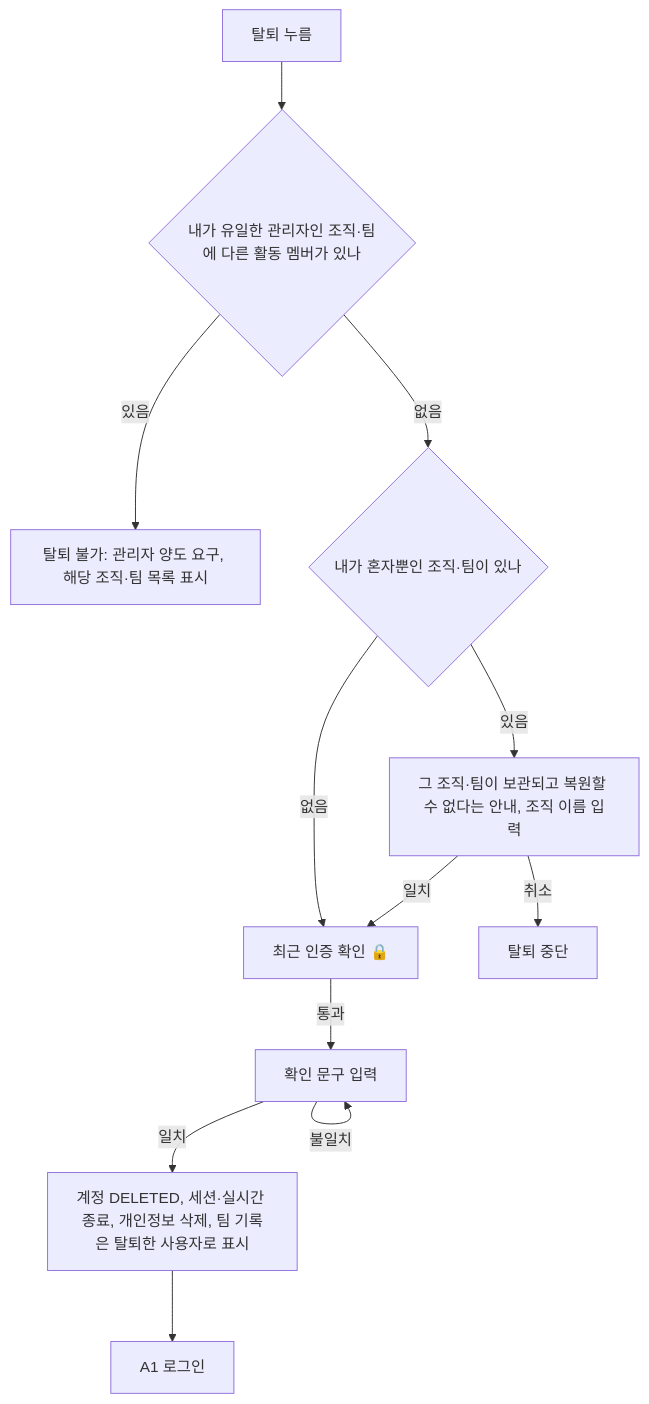
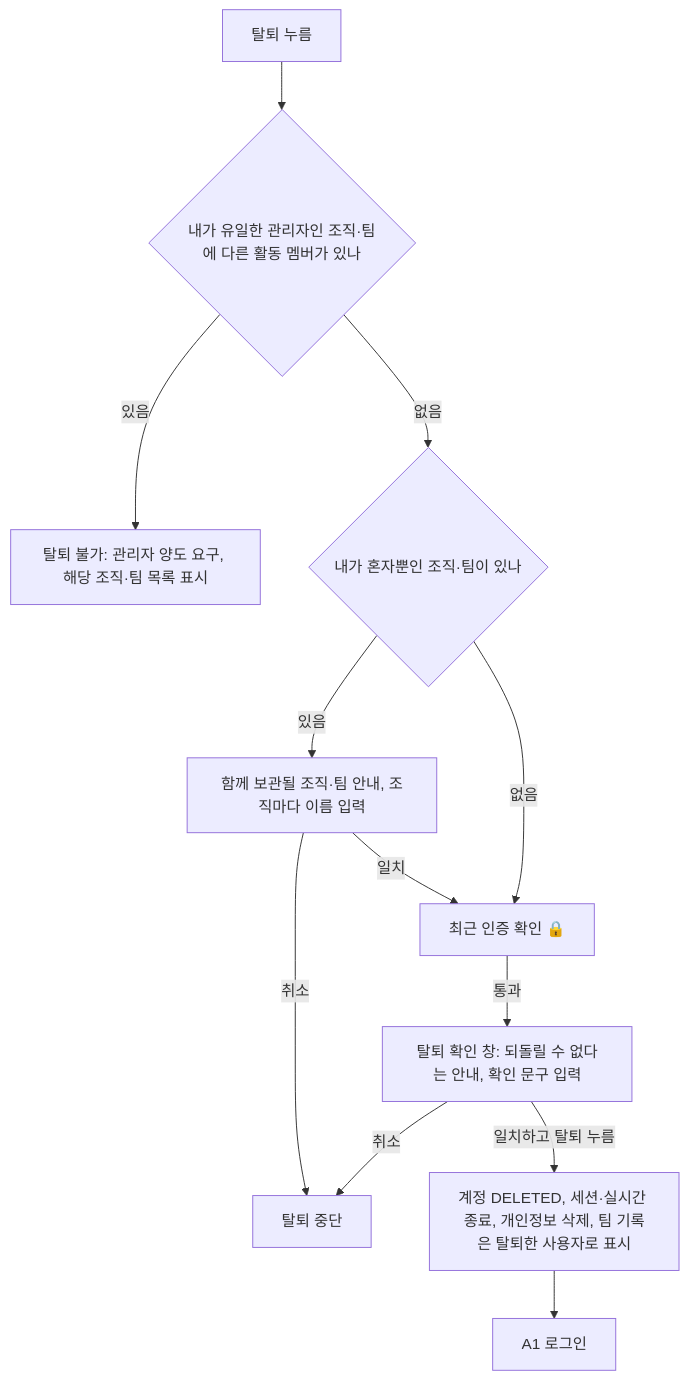
The second of 2 diagrams in docs/product/screens.md (poseybutter/reberu), drawn with Mermaid before and after one commit. The commit also changed other lines of this file and 33 other files, not shown here.

````diff
--- a/docs/product/screens.md
+++ b/docs/product/screens.md
@@ -639,14 +639,14 @@
 ```mermaid
 flowchart TD
     S[탈퇴 누름] --> C{내가 유일한 관리자인 조직·팀에 다른 활동 멤버가 있나}
     C -->|있음| T[탈퇴 불가: 관리자 양도 요구, 해당 조직·팀 목록 표시]
     C -->|없음| Y{내가 혼자뿐인 조직·팀이 있나}
-    Y -->|있음| Z[그 조직·팀이 보관되고 복원할 수 없다는 안내, 조직 이름 입력]
+    Y -->|있음| Z[함께 보관될 조직·팀 안내, 조직마다 이름 입력]
     Z -->|일치| R
     Z -->|취소| X[탈퇴 중단]
     Y -->|없음| R[최근 인증 확인 🔒]
-    R -->|통과| K[확인 문구 입력]
-    K -->|일치| D[계정 DELETED, 세션·실시간 종료, 개인정보 삭제, 팀 기록은 탈퇴한 사용자로 표시]
-    K -->|불일치| K
+    R -->|통과| K[탈퇴 확인 창: 되돌릴 수 없다는 안내, 확인 문구 입력]
+    K -->|일치하고 탈퇴 누름| D[계정 DELETED, 세션·실시간 종료, 개인정보 삭제, 팀 기록은 탈퇴한 사용자로 표시]
+    K -->|취소| X
     D --> A1[A1 로그인]
 ```
````
